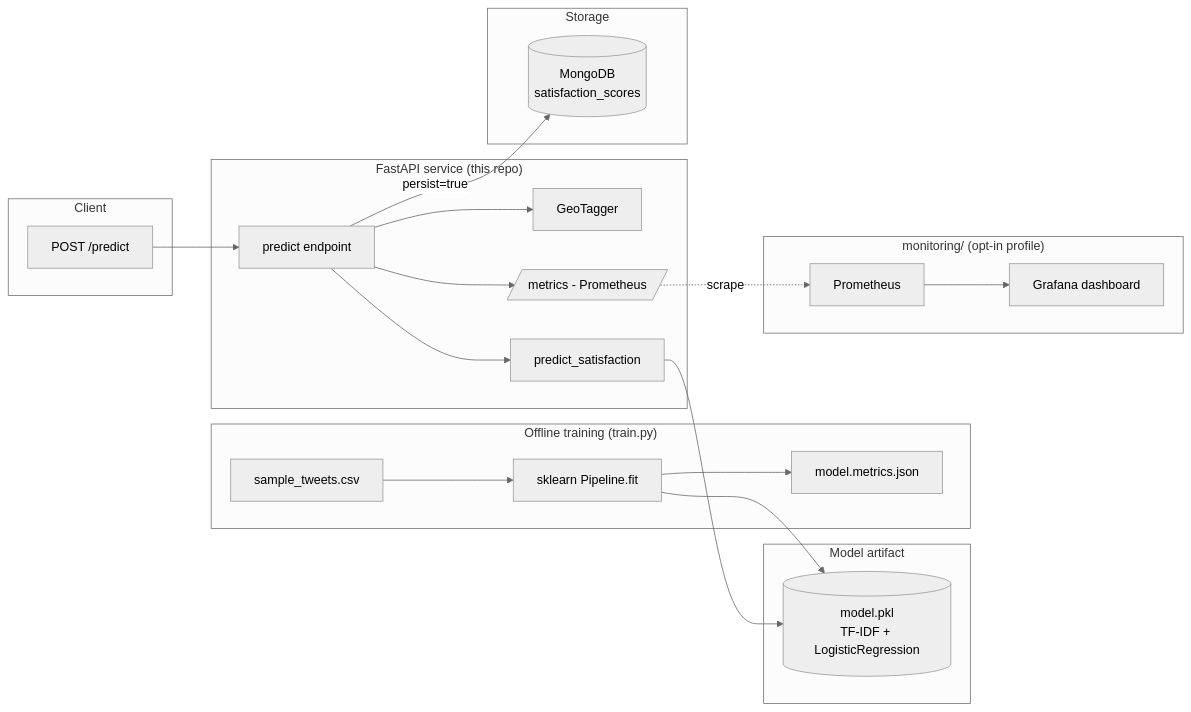
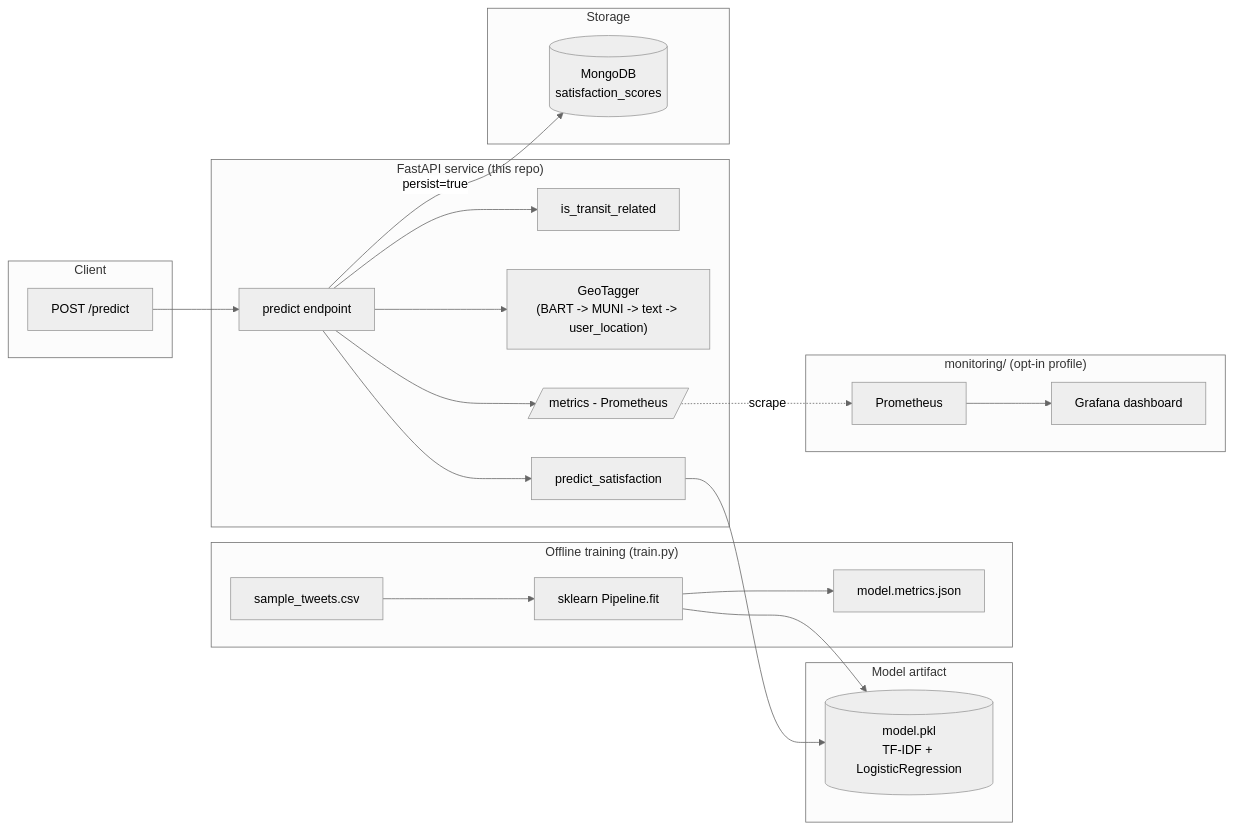
The diagram in docs/ARCHITECTURE.md (chekol1/public-transit-satisfaction-platform), drawn with Mermaid (neutral theme) before and after one commit. The commit also changed other lines of this file and 16 other files, not shown here.

````diff
--- a/docs/ARCHITECTURE.md
+++ b/docs/ARCHITECTURE.md
@@ -3,39 +3,41 @@
 ```mermaid
 flowchart LR
     subgraph Client
         A[POST /predict]
     end
 
     subgraph API["FastAPI service (this repo)"]
         B[predict endpoint]
-        C[GeoTagger]
+        R[is_transit_related]
+        C["GeoTagger\n(BART -> MUNI -> text -> user_location)"]
         D[predict_satisfaction]
         E[/metrics - Prometheus/]
     end
 
     subgraph Model["Model artifact"]
         F[(model.pkl\nTF-IDF + LogisticRegression)]
     end
 
     subgraph Training["Offline training (train.py)"]
         G[sample_tweets.csv] --> H[sklearn Pipeline.fit]
         H --> F
         H --> I[model.metrics.json]
     end
 
     subgraph Storage
         J[(MongoDB\nsatisfaction_scores)]
     end
 
     subgraph Observability["monitoring/ (opt-in profile)"]
         K[Prometheus] --> L[Grafana dashboard]
     end
 
     A --> B
+    B --> R
     B --> C
     B --> D
     D --> F
     B -->|persist=true| J
     B --> E
     E -.->|scrape| K
 ```
````
